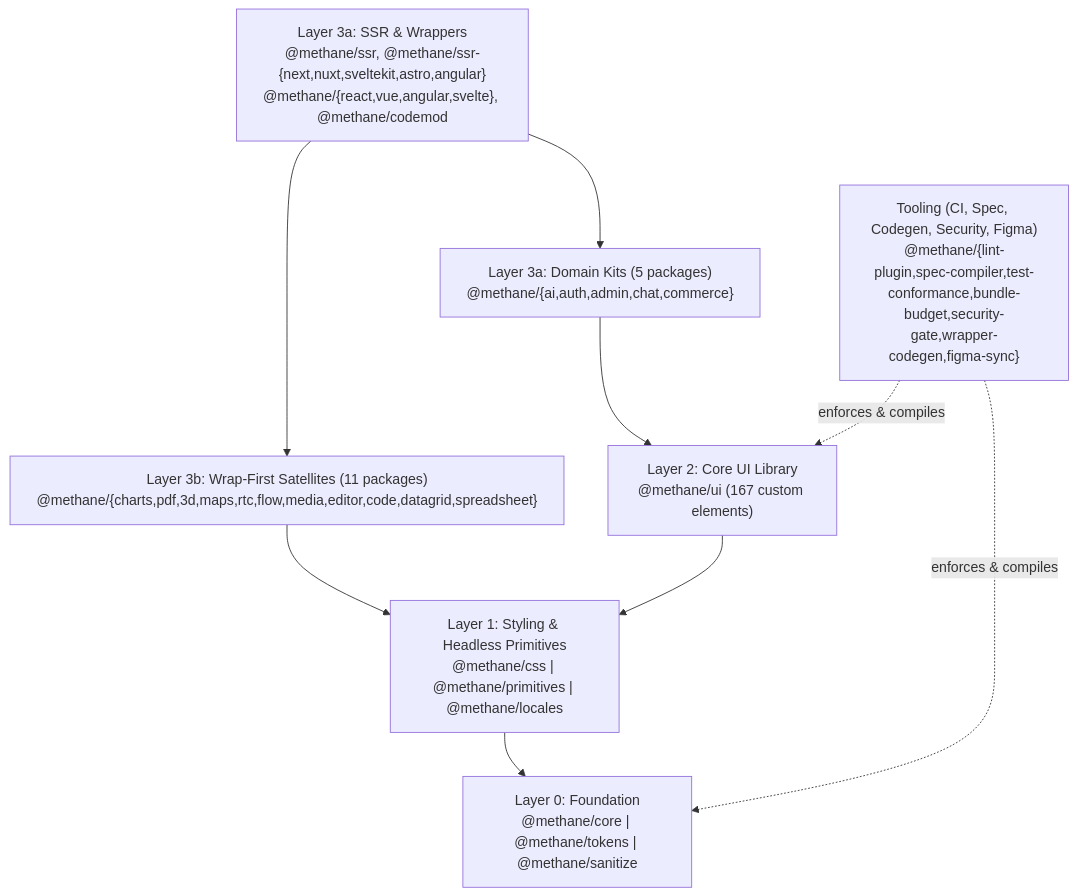
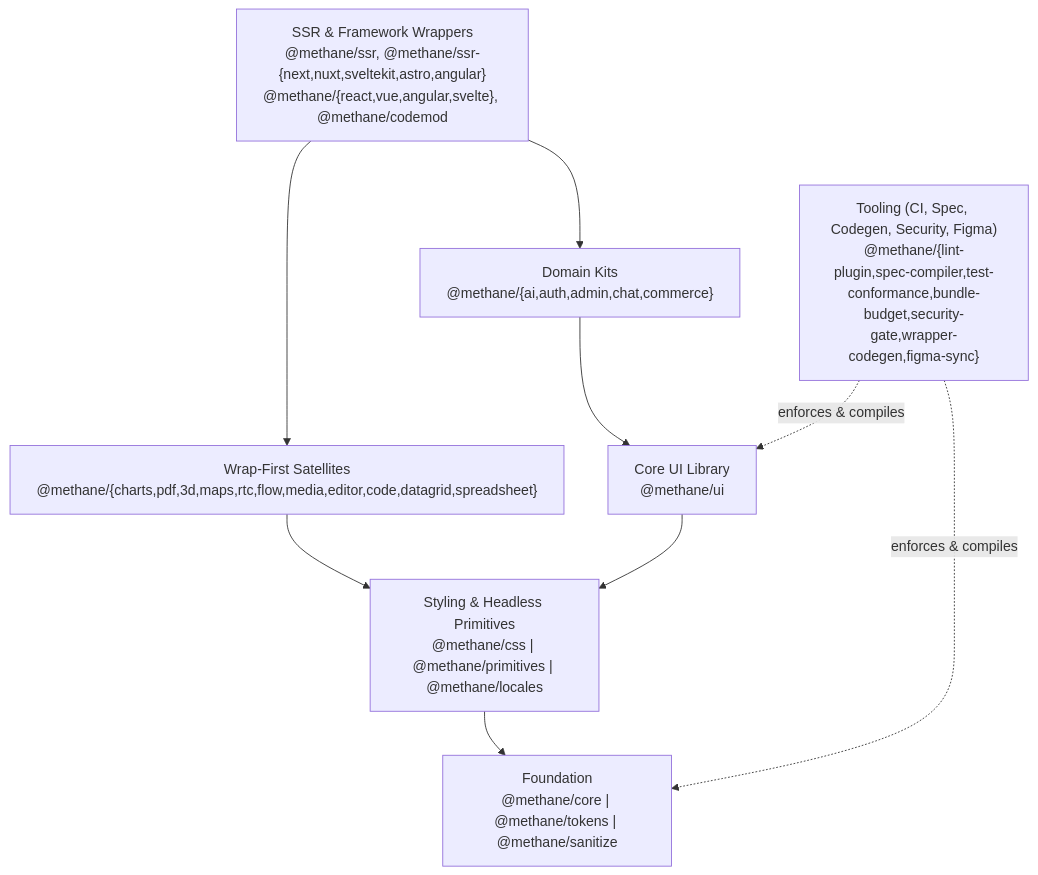
Before and after one commit to MehdiNosrati/methane: the diagram in README.md, drawn with Mermaid. The commit also changed other lines of this file and 33 other files, not shown here.

````diff
--- a/README.md
+++ b/README.md
@@ -21,19 +36,19 @@
 ```mermaid
 flowchart TB
-  L3A["Layer 3a: SSR & Wrappers\n@methane/ssr, @methane/ssr-{next,nuxt,sveltekit,astro,angular}\n@methane/{react,vue,angular,svelte}, @methane/codemod"]
-  L3B["Layer 3b: Wrap-First Satellites (11 packages)\n@methane/{charts,pdf,3d,maps,rtc,flow,media,editor,code,datagrid,spreadsheet}"]
-  L3K["Layer 3a: Domain Kits (5 packages)\n@methane/{ai,auth,admin,chat,commerce}"]
-  L2["Layer 2: Core UI Library\n@methane/ui (167 custom elements)"]
-  L1["Layer 1: Styling & Headless Primitives\n@methane/css | @methane/primitives | @methane/locales"]
-  L0["Layer 0: Foundation\n@methane/core | @methane/tokens | @methane/sanitize"]
+  L3A["SSR & Framework Wrappers\n@methane/ssr, @methane/ssr-{next,nuxt,sveltekit,astro,angular}\n@methane/{react,vue,angular,svelte}, @methane/codemod"]
+  L3B["Wrap-First Satellites\n@methane/{charts,pdf,3d,maps,rtc,flow,media,editor,code,datagrid,spreadsheet}"]
+  L3K["Domain Kits\n@methane/{ai,auth,admin,chat,commerce}"]
+  L2["Core UI Library\n@methane/ui"]
+  L1["Styling & Headless Primitives\n@methane/css | @methane/primitives | @methane/locales"]
+  L0["Foundation\n@methane/core | @methane/tokens | @methane/sanitize"]
   TL["Tooling (CI, Spec, Codegen, Security, Figma)\n@methane/{lint-plugin,spec-compiler,test-conformance,bundle-budget,security-gate,wrapper-codegen,figma-sync}"]
 
   L3A --> L3K
   L3A --> L3B
   L3K --> L2
   L3B --> L1
   L2 --> L1
   L1 --> L0
   TL -. enforces & compiles .-> L0
   TL -. enforces & compiles .-> L2
 ```
````
